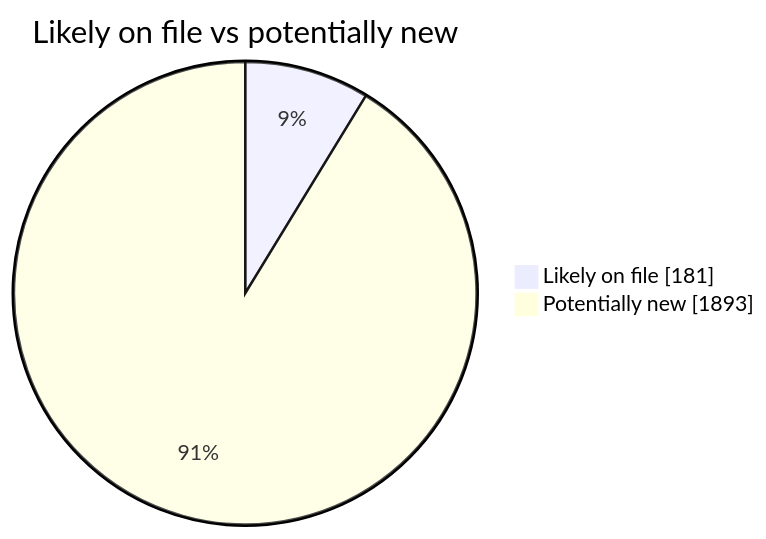
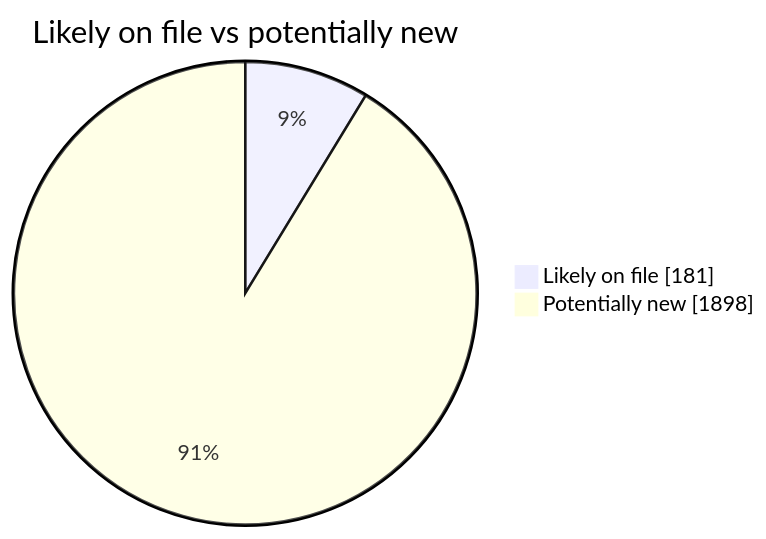
One commit to martinbalfanz/social-scanner-reports changed the second of 4 diagrams in README.md. Above: the diagram before and after it, drawn with Mermaid. The commit also changed other lines of this file and 4 other files, not shown here.

````diff
--- a/README.md
+++ b/README.md
@@ -40,5 +40,5 @@
 ```mermaid
 pie showData title Likely on file vs potentially new
     "Likely on file" : 181
-    "Potentially new" : 1893
+    "Potentially new" : 1898
 ```
````
